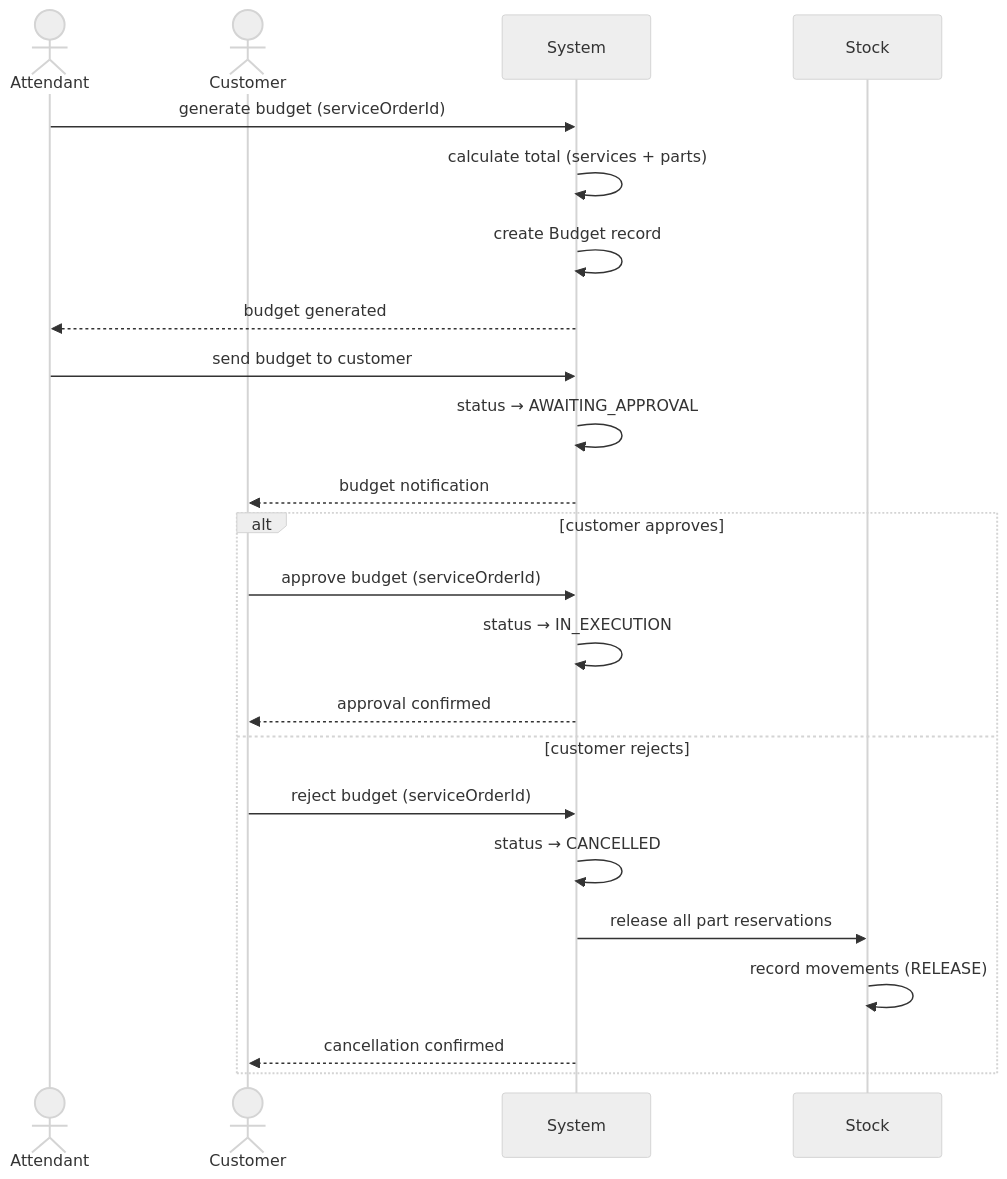
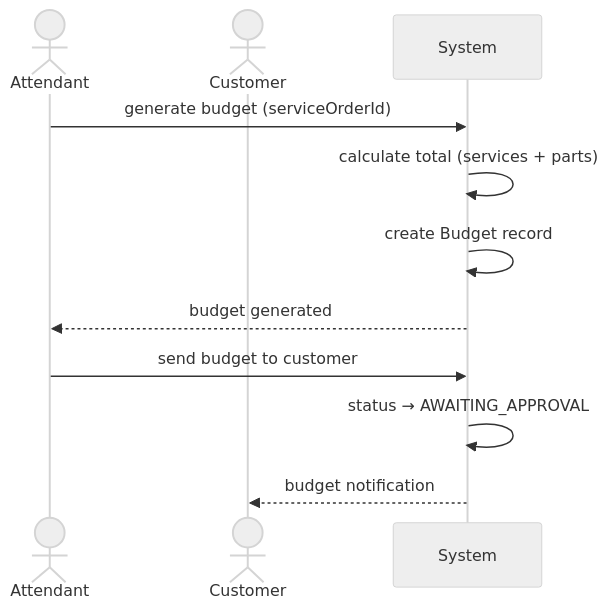
One commit to rnataoliveira/mechanics-software changed the ninth of 16 diagrams in docs/domain/domain-storytelling.md. Above: the diagram before and after it, drawn with Mermaid (neutral theme). The commit also changed other lines of this file, not shown here.

````diff
--- a/docs/domain/domain-storytelling.md
+++ b/docs/domain/domain-storytelling.md
@@ -200,28 +307,15 @@
 ```mermaid
 sequenceDiagram
     actor Attendant
     actor Customer
     participant System
-    participant Stock
 
     Attendant->>System: generate budget (serviceOrderId)
     System->>System: calculate total (services + parts)
     System->>System: create Budget record
     System-->>Attendant: budget generated
 
     Attendant->>System: send budget to customer
     System->>System: status → AWAITING_APPROVAL
     System-->>Customer: budget notification
-
-    alt customer approves
-        Customer->>System: approve budget (serviceOrderId)
-        System->>System: status → IN_EXECUTION
-        System-->>Customer: approval confirmed
-    else customer rejects
-        Customer->>System: reject budget (serviceOrderId)
-        System->>System: status → CANCELLED
-        System->>Stock: release all part reservations
-        Stock->>Stock: record movements (RELEASE)
-        System-->>Customer: cancellation confirmed
-    end
 ```
````
